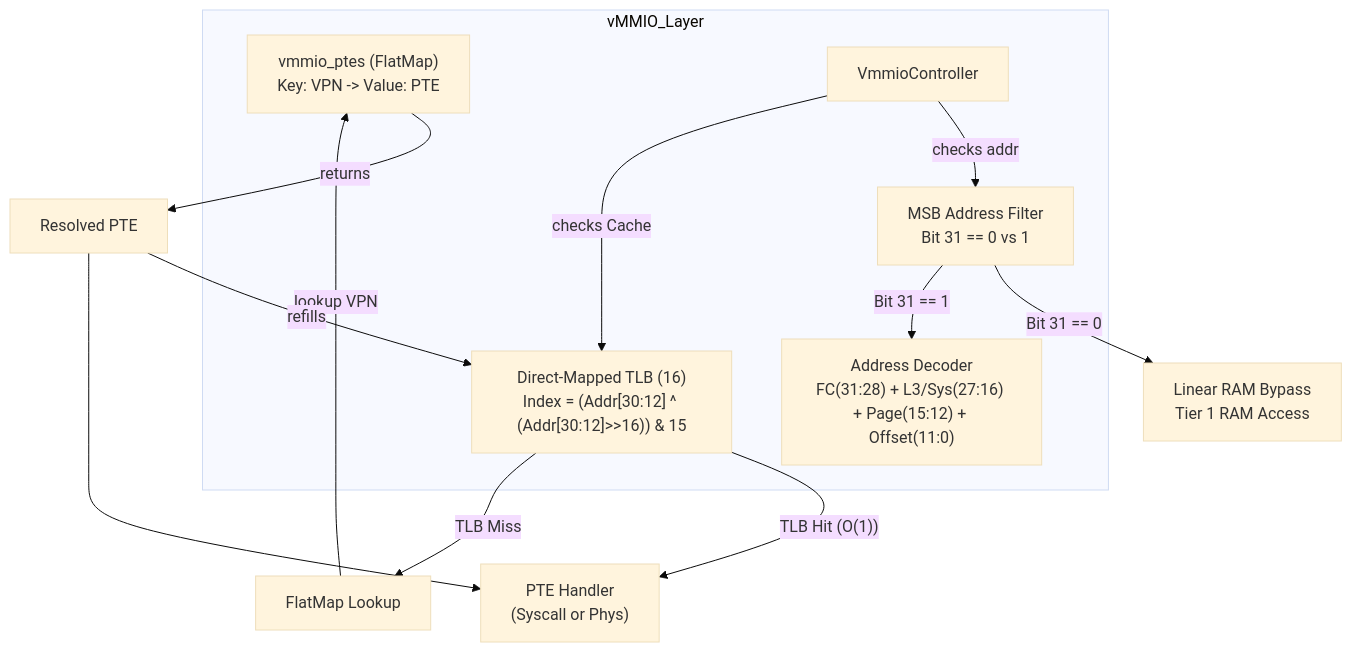
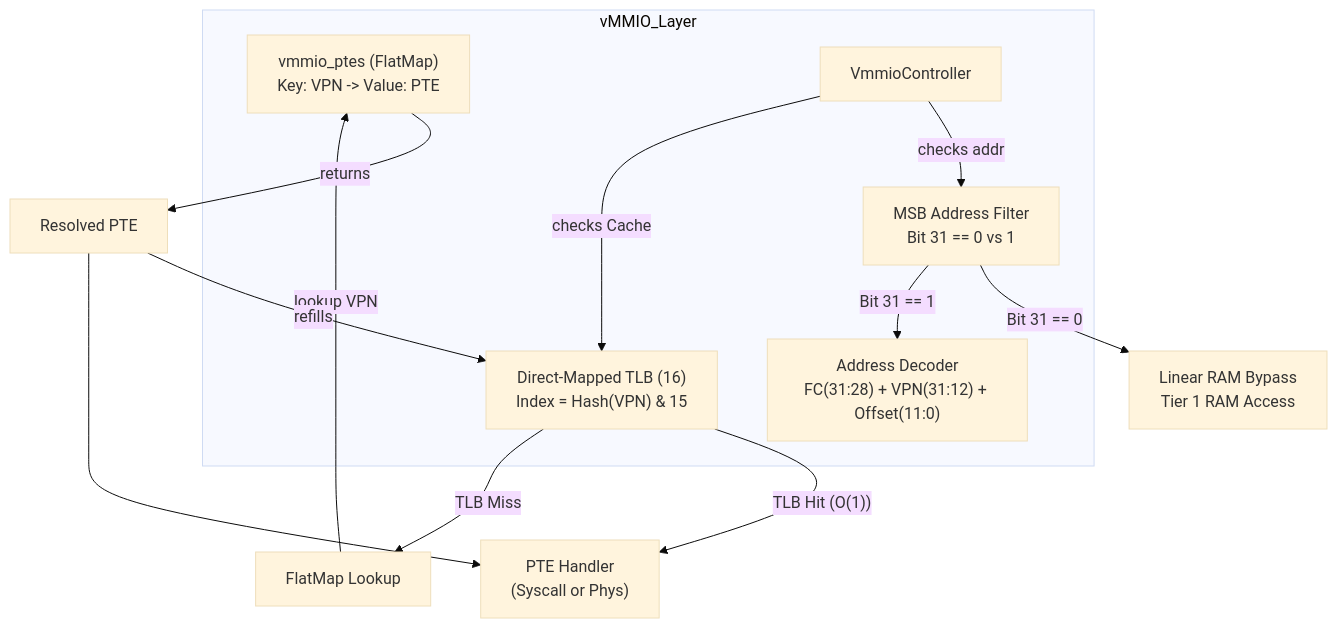
The first of 3 diagrams in docs/components/tier2_runtime/runtime_vmmio.md (kmt-t/fireball), drawn with Mermaid (base theme) before and after one commit. The commit also changed other lines of this file and 4 other files, not shown here.

Commit message:
refactor(vmmio): simplify address mapping to pure 20-bit VPN with folding XOR hash, eliminating legacy L2/L3 constructs

````diff
--- a/docs/components/tier2_runtime/runtime_vmmio.md
+++ b/docs/components/tier2_runtime/runtime_vmmio.md
@@ -57,21 +57,21 @@
 ```mermaid
 graph TD
     subgraph vMMIO_Layer
         Filter["MSB Address Filter<br/>Bit 31 == 0 vs 1"]
-        Decoder["Address Decoder<br/>FC(31:28) + L3/Sys(27:16) + Page(15:12) + Offset(11:0)"]
+        Decoder["Address Decoder<br/>FC(31:28) + VPN(31:12) + Offset(11:0)"]
         FlatMap["vmmio_ptes (FlatMap)<br/>Key: VPN -> Value: PTE"]
-        TLB["Direct-Mapped TLB (16)<br/>Index = (Addr[30:12] ^ (Addr[30:12]>>16)) & 15"]
+        TLB["Direct-Mapped TLB (16)<br/>Index = Hash(VPN) & 15"]
         Controller["VmmioController"]
     end
 
     Controller -- checks addr --> Filter
     Filter -- Bit 31 == 0 --> Bypass[Linear RAM Bypass\nTier 1 RAM Access]
     Filter -- Bit 31 == 1 --> Decoder
     Controller -- checks Cache --> TLB
     TLB -- TLB Hit (O(1)) --> Handler["PTE Handler\n(Syscall or Phys)"]
     TLB -- TLB Miss --> Walk[FlatMap Lookup]
     Walk -- lookup VPN --> FlatMap
     FlatMap -- returns --> WalkResult[Resolved PTE]
     WalkResult -- refills --> TLB
     WalkResult --> Handler
 ```
````
